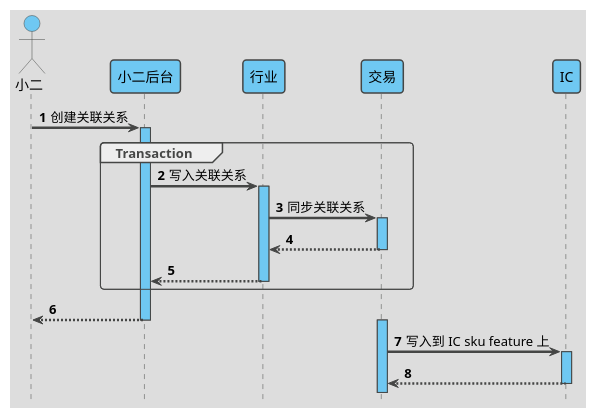
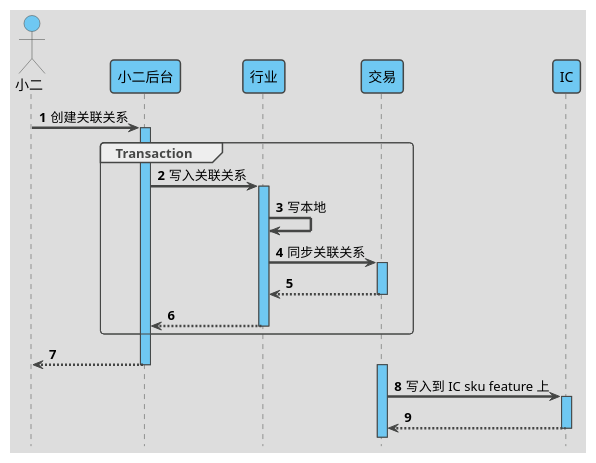
Before and after one commit to xauvlove/uml: the diagram in src/main/resource/品牌创新业务技术/服务商品/导购链路.puml, drawn with PlantUML. The commit also changed 2 other files, not shown here.

```diff
--- a/src/main/resource/品牌创新业务技术/服务商品/导购链路.puml
+++ b/src/main/resource/品牌创新业务技术/服务商品/导购链路.puml
@@ -1,58 +1,59 @@
 @startuml
 'https://plantuml.com/sequence-diagram
 
 '隐藏脚注
 hide footbox
 
 '使用 toy 主题
 !theme toy
 
 
 '编号
 autonumber 1
 
 '隐藏孤立的参与者
 hide unlinked
 
 '文字对齐，向左对齐
 skinparam sequenceMessageAlign left
 
 '箭头粗度
 skinparam sequenceArrowThickness 2.5
 
 ' 皮肤
 skinparam sequence {
     LifeLineBackgroundColor #6FC8F2
     ParticipantBackgroundColor #6FC8F2
     ParticipantFontColor black
     ActorBackgroundColor #6FC8F2
     ActorFontColor black
 }
 
 actor 小二 as user
 participant 小二后台 as front
 participant 行业 as industry
 participant 交易 as trade
 participant IC as ic
 
 
 user -> front : 创建关联关系
 activate front
 group Transaction
     front -> industry : 写入关联关系
     activate industry
+    industry -> industry : 写本地
     industry -> trade : 同步关联关系
     activate trade
     return
     return
 end group
 return
 
 activate trade
 trade -> ic : 写入到 IC sku feature 上
 activate ic
 return
 
 
 
 @enduml
```
